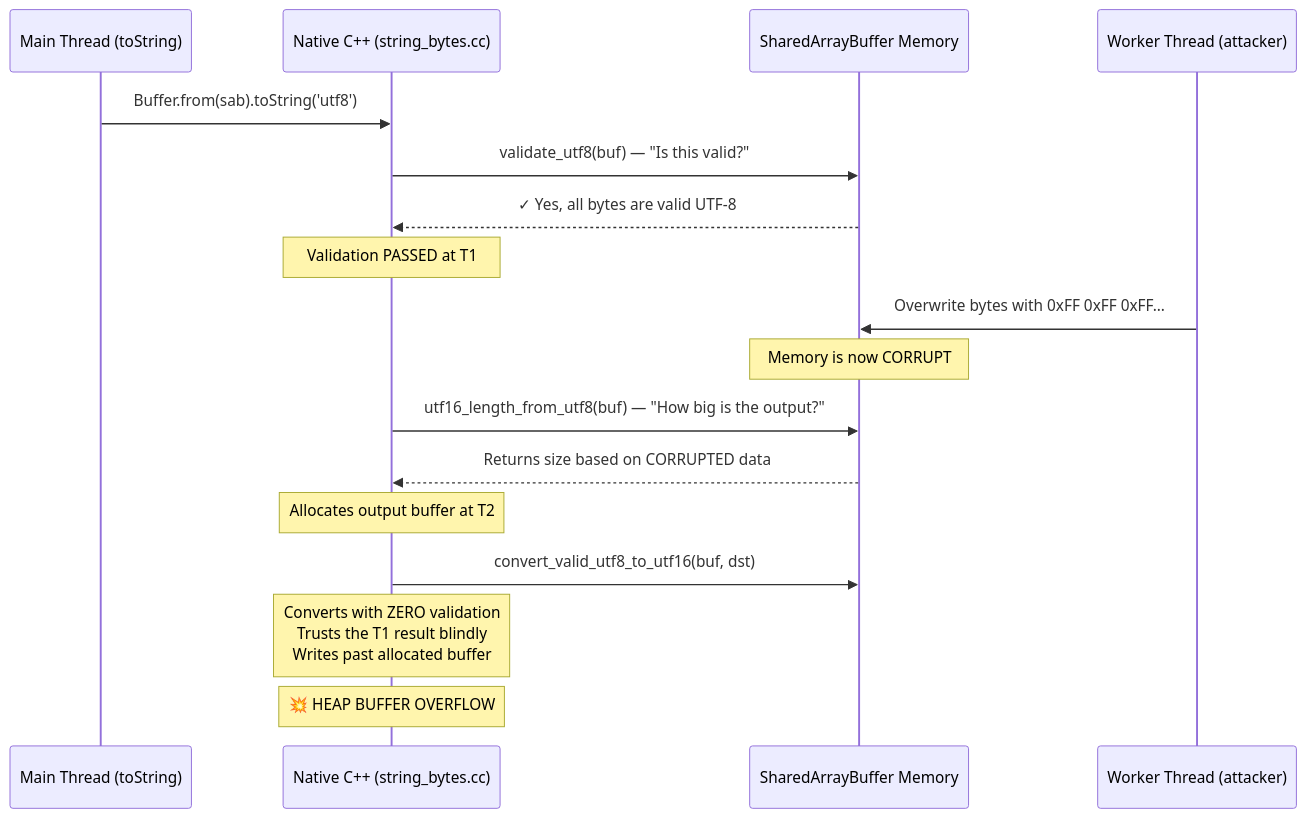
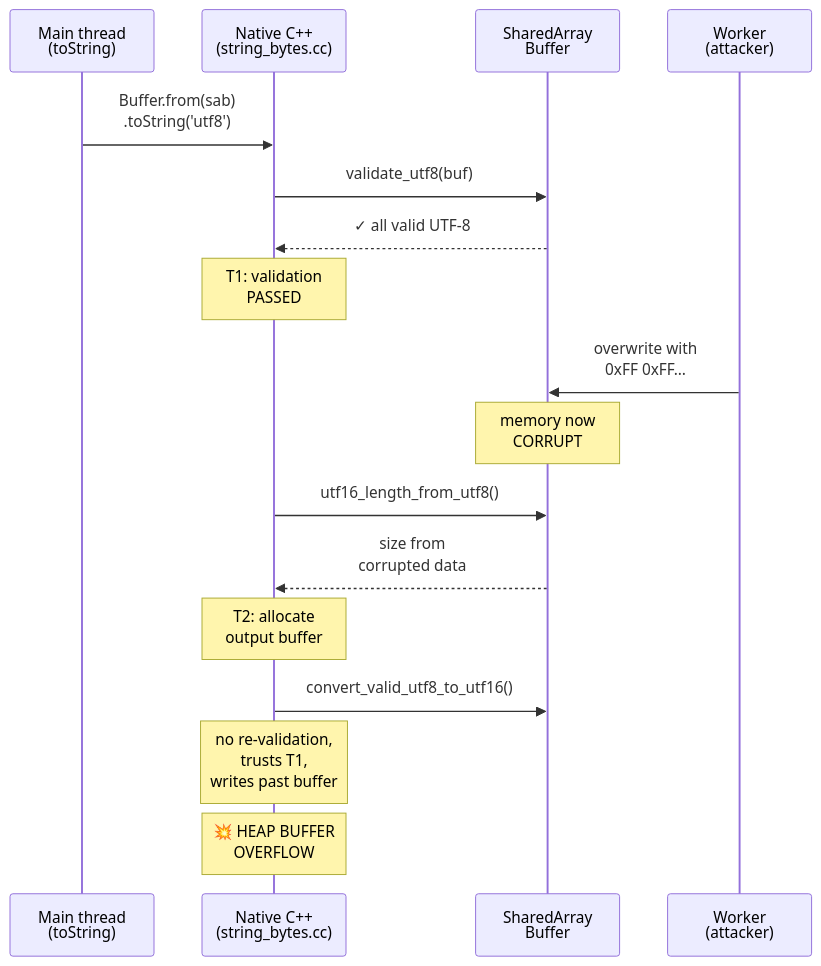
The first of 3 diagrams in src/content/blog/nodejs-sharedarraybuffer-toctou-memory-corruption.md (nithissh7/nithissh7.github.io), drawn with Mermaid before and after one commit. The commit also changed other lines of this file and 6 other files, not shown here.

First line of the commit message:
Compact diagrams that fit inside the reading column

````diff
--- a/src/content/blog/nodejs-sharedarraybuffer-toctou-memory-corruption.md
+++ b/src/content/blog/nodejs-sharedarraybuffer-toctou-memory-corruption.md
@@ -60,23 +60,23 @@
 ```mermaid
 sequenceDiagram
-    participant Main as Main Thread (toString)
-    participant Native as Native C++ (string_bytes.cc)
-    participant SAB as SharedArrayBuffer Memory
-    participant Worker as Worker Thread (attacker)
+    participant Main as Main thread<br/>(toString)
+    participant Native as Native C++<br/>(string_bytes.cc)
+    participant SAB as SharedArray<br/>Buffer
+    participant Worker as Worker<br/>(attacker)
 
-    Main->>Native: Buffer.from(sab).toString('utf8')
-    Native->>SAB: validate_utf8(buf) — "Is this valid?"
-    SAB-->>Native: ✓ Yes, all bytes are valid UTF-8
-    Note over Native: Validation PASSED at T1
+    Main->>Native: Buffer.from(sab)<br/>.toString('utf8')
+    Native->>SAB: validate_utf8(buf)
+    SAB-->>Native: ✓ all valid UTF-8
+    Note over Native: T1: validation<br/>PASSED
 
-    Worker->>SAB: Overwrite bytes with 0xFF 0xFF 0xFF...
-    Note over SAB: Memory is now CORRUPT
+    Worker->>SAB: overwrite with<br/>0xFF 0xFF…
+    Note over SAB: memory now<br/>CORRUPT
 
-    Native->>SAB: utf16_length_from_utf8(buf) — "How big is the output?"
-    SAB-->>Native: Returns size based on CORRUPTED data
-    Note over Native: Allocates output buffer at T2
+    Native->>SAB: utf16_length_from_utf8()
+    SAB-->>Native: size from<br/>corrupted data
+    Note over Native: T2: allocate<br/>output buffer
 
-    Native->>SAB: convert_valid_utf8_to_utf16(buf, dst)
-    Note over Native: Converts with ZERO validation<br/>Trusts the T1 result blindly<br/>Writes past allocated buffer
-    Note over Native: 💥 HEAP BUFFER OVERFLOW
+    Native->>SAB: convert_valid_utf8_to_utf16()
+    Note over Native: no re-validation,<br/>trusts T1,<br/>writes past buffer
+    Note over Native: 💥 HEAP BUFFER<br/>OVERFLOW
 ```
````
